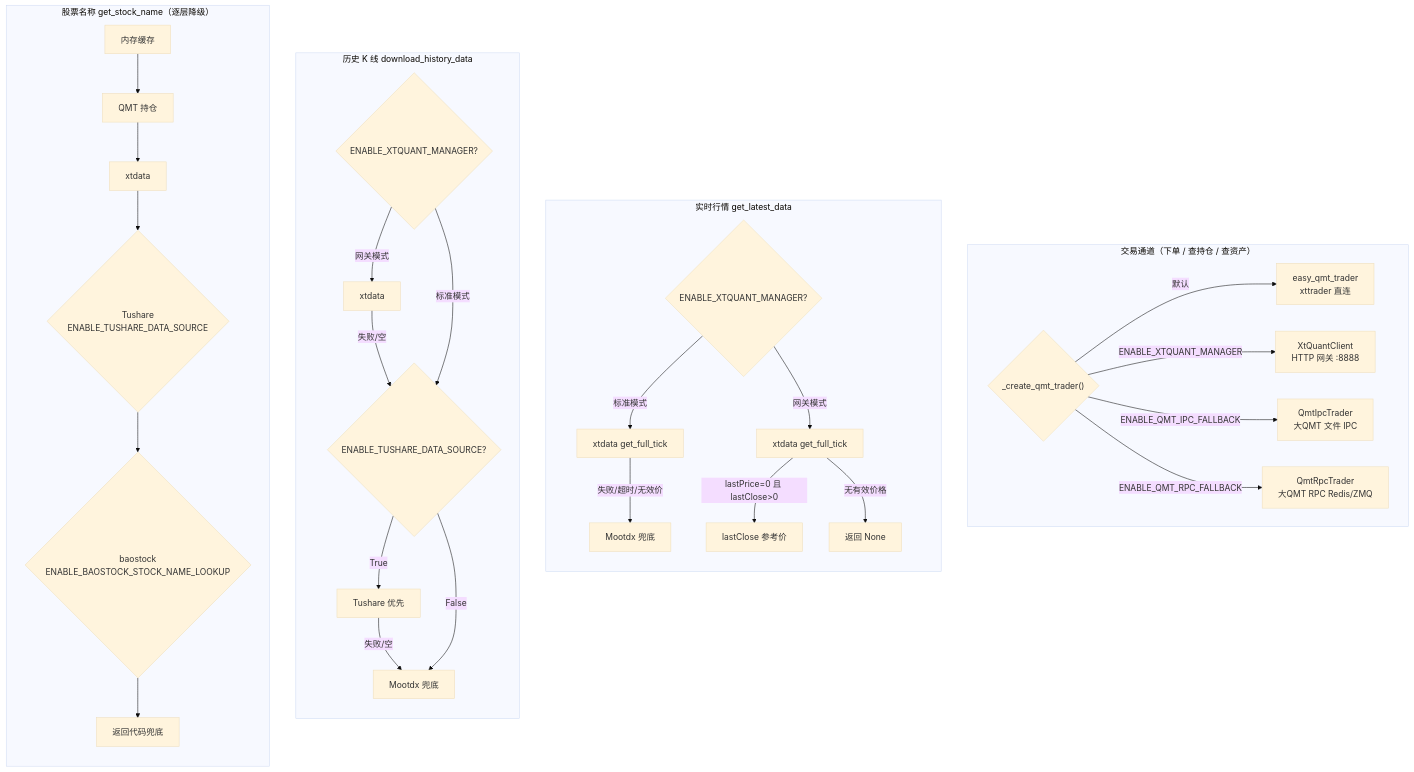
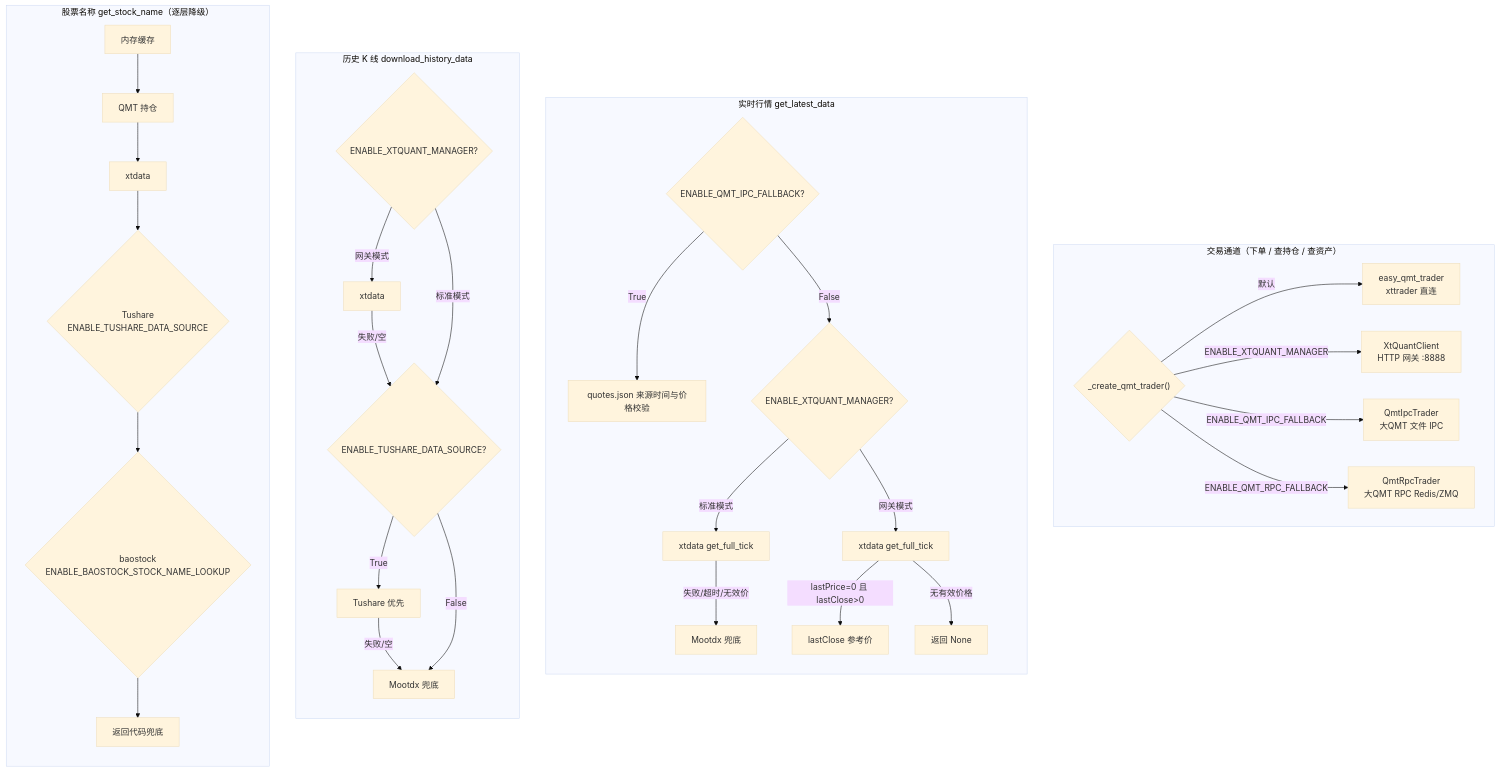
Before and after one commit to weihong-su/miniQMT: the second of 2 diagrams in docs/site/miniqmt/configuration.md, drawn with Mermaid (base theme). The commit also changed other lines of this file and 43 other files, not shown here.

````diff
--- a/docs/site/miniqmt/configuration.md
+++ b/docs/site/miniqmt/configuration.md
@@ -75,37 +75,39 @@
 ```mermaid
 flowchart TD
     subgraph CH["交易通道（下单 / 查持仓 / 查资产）"]
         direction LR
         F{"_create_qmt_trader()"}
         F -->|默认| EASY["easy_qmt_trader<br/>xttrader 直连"]
         F -->|ENABLE_XTQUANT_MANAGER| XQM["XtQuantClient<br/>HTTP 网关 :8888"]
         F -->|ENABLE_QMT_IPC_FALLBACK| IPC["QmtIpcTrader<br/>大QMT 文件 IPC"]
         F -->|ENABLE_QMT_RPC_FALLBACK| RPC["QmtRpcTrader<br/>大QMT RPC Redis/ZMQ"]
     end
 
     subgraph RT["实时行情 get_latest_data"]
         direction TB
-        RT0{"ENABLE_XTQUANT_MANAGER?"}
-        RT0 -->|标准模式| RT1["xtdata get_full_tick"]
+        RT0{"ENABLE_QMT_IPC_FALLBACK?"}
+        RT0 -->|True| RTIPC["quotes.json 来源时间与价格校验"]
+        RT0 -->|False| RTGW{"ENABLE_XTQUANT_MANAGER?"}
+        RTGW -->|标准模式| RT1["xtdata get_full_tick"]
         RT1 -->|失败/超时/无效价| RT2["Mootdx 兜底"]
-        RT0 -->|网关模式| RT3["xtdata get_full_tick"]
+        RTGW -->|网关模式| RT3["xtdata get_full_tick"]
         RT3 -->|lastPrice=0 且 lastClose>0| RT4["lastClose 参考价"]
         RT3 -->|无有效价格| RT5["返回 None"]
     end
 
     subgraph HIS["历史 K 线 download_history_data"]
         direction TB
         HGW{"ENABLE_XTQUANT_MANAGER?"}
         HGW -->|网关模式| HXT["xtdata"]
         HXT -->|失败/空| HTS{"ENABLE_TUSHARE_DATA_SOURCE?"}
         HGW -->|标准模式| HTS
         HTS -->|True| HTS2["Tushare 优先"]
         HTS2 -->|失败/空| HMO["Mootdx 兜底"]
         HTS -->|False| HMO
     end
 
     subgraph NAME["股票名称 get_stock_name（逐层降级）"]
         direction TB
         N1["内存缓存"] --> N2["QMT 持仓"] --> N3["xtdata"] --> N4{"Tushare<br/>ENABLE_TUSHARE_DATA_SOURCE"} --> N5{"baostock<br/>ENABLE_BAOSTOCK_STOCK_NAME_LOOKUP"} --> N6["返回代码兜底"]
     end
 ```
````
